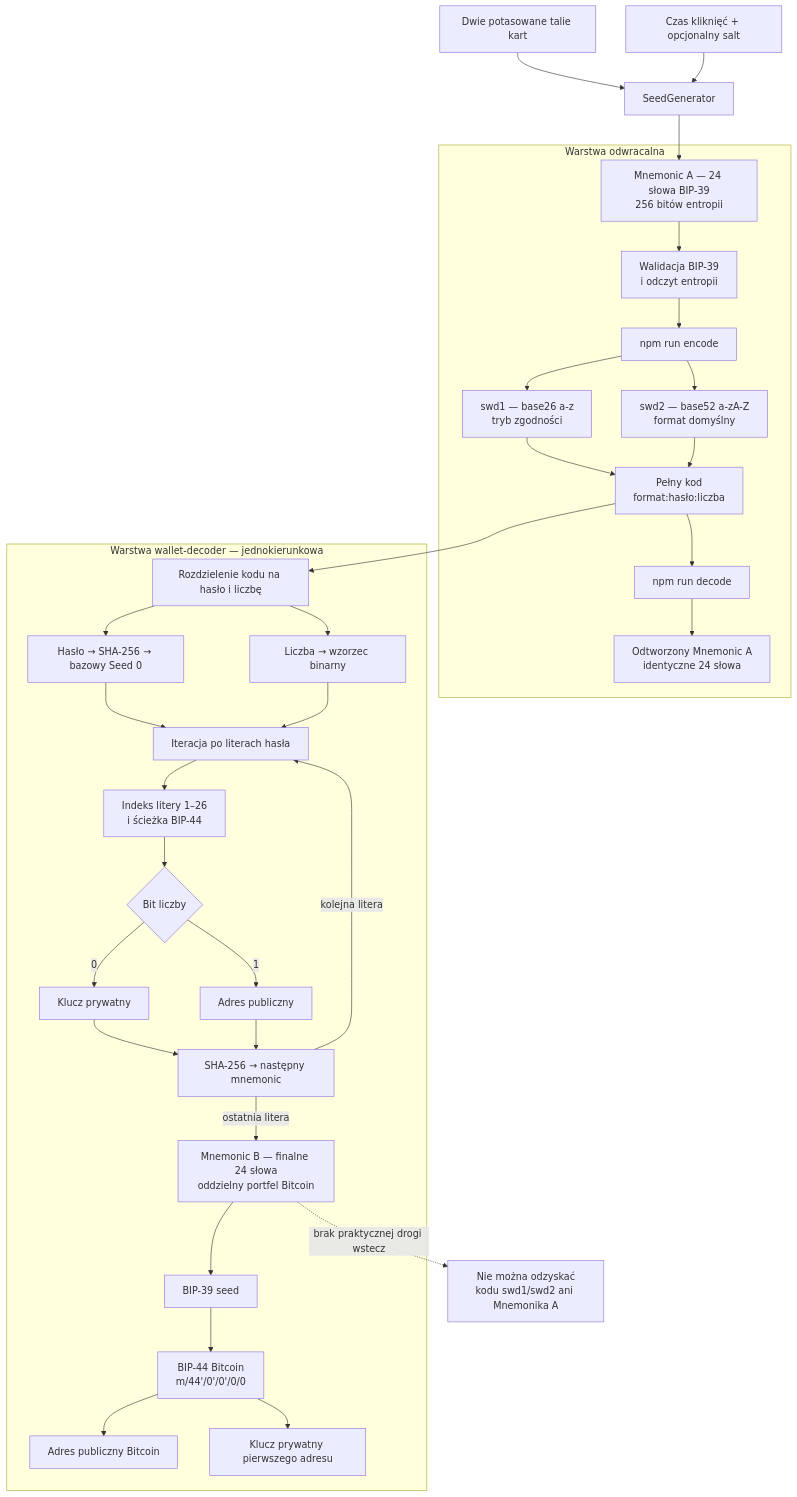
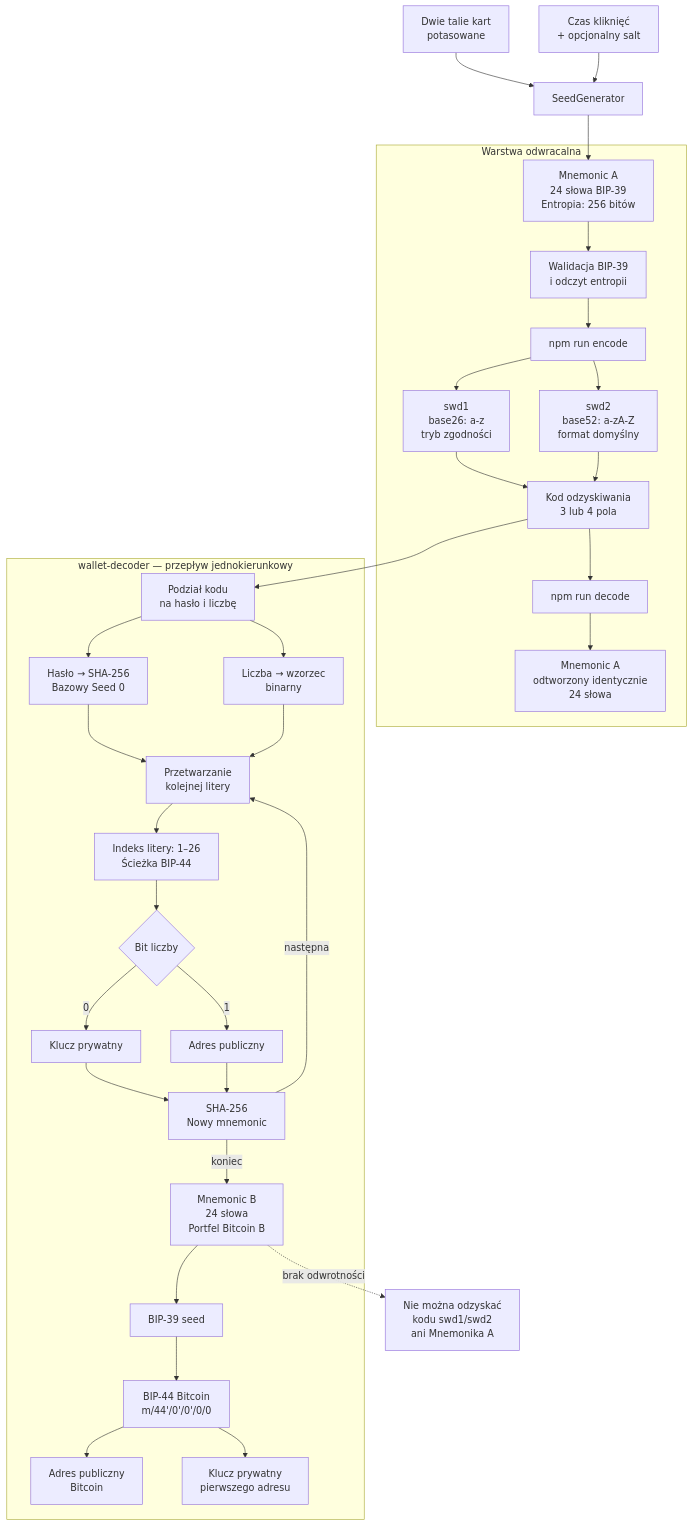
The diagram in README.md (hattimon/Seed-Generator-Wallet-Decoder), drawn with Mermaid before and after one commit.

Commit message:
Fix clipped Mermaid diagram labels

````diff
--- a/README.md
+++ b/README.md
@@ -25,39 +25,39 @@
 ```mermaid
 flowchart TD
-    A["Dwie potasowane talie kart"] --> B["SeedGenerator"]
-    T["Czas kliknięć + opcjonalny salt"] --> B
-    B --> C["Mnemonic A — 24 słowa BIP-39<br/>256 bitów entropii"]
+    A["Dwie talie kart<br/>potasowane"] --> B["SeedGenerator"]
+    T["Czas kliknięć<br/>+ opcjonalny salt"] --> B
+    B --> C["Mnemonic A<br/>24 słowa BIP-39<br/>Entropia: 256 bitów"]
 
     subgraph REV["Warstwa odwracalna"]
         C --> D["Walidacja BIP-39<br/>i odczyt entropii"]
         D --> E["npm run encode"]
-        E --> F["swd1 — base26 a-z<br/>tryb zgodności"]
-        E --> G["swd2 — base52 a-zA-Z<br/>format domyślny"]
-        F --> H["Pełny kod<br/>format:hasło:liczba"]
+        E --> F["swd1<br/>base26: a-z<br/>tryb zgodności"]
+        E --> G["swd2<br/>base52: a-zA-Z<br/>format domyślny"]
+        F --> H["Kod odzyskiwania<br/>3 lub 4 pola"]
         G --> H
         H --> I["npm run decode"]
-        I --> J["Odtworzony Mnemonic A<br/>identyczne 24 słowa"]
+        I --> J["Mnemonic A<br/>odtworzony identycznie<br/>24 słowa"]
     end
 
-    subgraph LEG["Warstwa wallet-decoder — jednokierunkowa"]
-        H --> K["Rozdzielenie kodu na hasło i liczbę"]
-        K --> L["Hasło → SHA-256 → bazowy Seed 0"]
-        K --> M["Liczba → wzorzec binarny"]
-        L --> N["Iteracja po literach hasła"]
+    subgraph LEG["wallet-decoder — przepływ jednokierunkowy"]
+        H --> K["Podział kodu<br/>na hasło i liczbę"]
+        K --> L["Hasło → SHA-256<br/>Bazowy Seed 0"]
+        K --> M["Liczba → wzorzec<br/>binarny"]
+        L --> N["Przetwarzanie<br/>kolejnej litery"]
         M --> N
-        N --> O["Indeks litery 1–26<br/>i ścieżka BIP-44"]
+        N --> O["Indeks litery: 1–26<br/>Ścieżka BIP-44"]
         O --> P{"Bit liczby"}
         P -->|"0"| Q["Klucz prywatny"]
         P -->|"1"| R["Adres publiczny"]
-        Q --> S["SHA-256 → następny mnemonic"]
+        Q --> S["SHA-256<br/>Nowy mnemonic"]
         R --> S
-        S -->|"kolejna litera"| N
-        S -->|"ostatnia litera"| U["Mnemonic B — finalne 24 słowa<br/>oddzielny portfel Bitcoin"]
+        S -->|"następna"| N
+        S -->|"koniec"| U["Mnemonic B<br/>24 słowa<br/>Portfel Bitcoin B"]
         U --> V["BIP-39 seed"]
         V --> W["BIP-44 Bitcoin<br/>m/44'/0'/0'/0/0"]
-        W --> X["Adres publiczny Bitcoin"]
-        W --> Y["Klucz prywatny pierwszego adresu"]
+        W --> X["Adres publiczny<br/>Bitcoin"]
+        W --> Y["Klucz prywatny<br/>pierwszego adresu"]
     end
 
-    U -. "brak praktycznej drogi wstecz" .-> Z["Nie można odzyskać<br/>kodu swd1/swd2 ani Mnemonika A"]
+    U -. "brak odwrotności" .-> Z["Nie można odzyskać<br/>kodu swd1/swd2<br/>ani Mnemonika A"]
 ```
````
